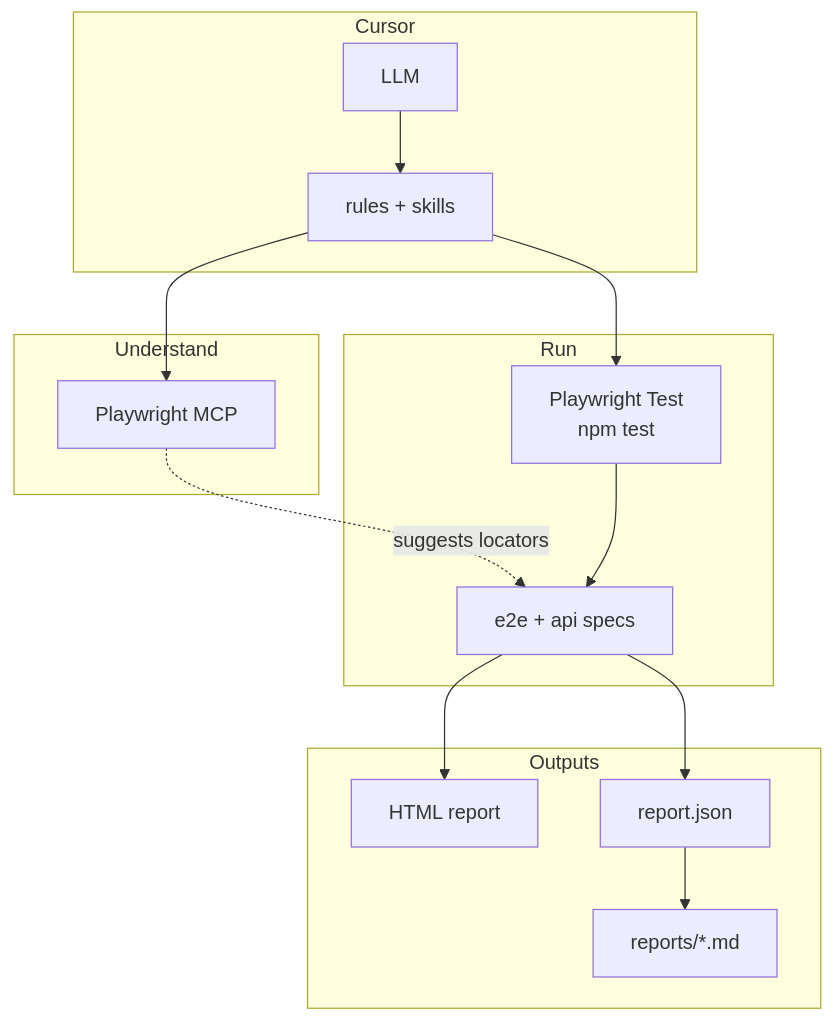
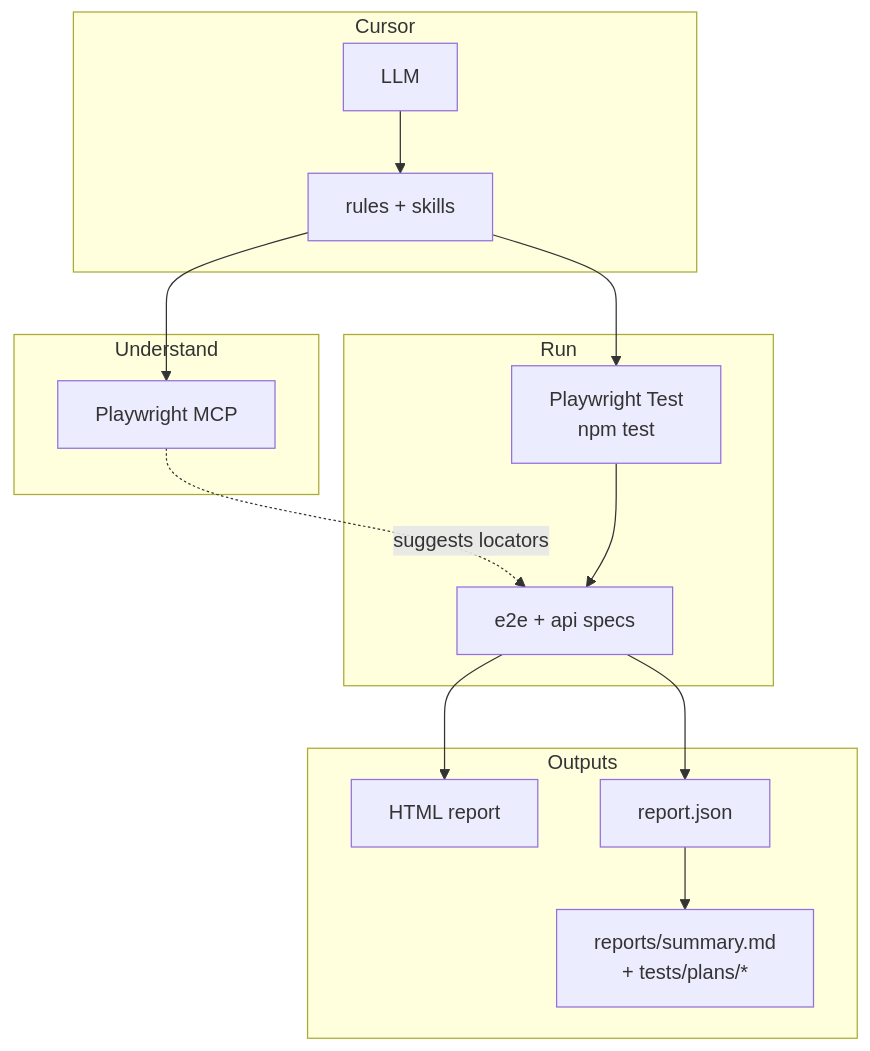
One commit to loveautomate/ai-qa-agent changed the first of 4 diagrams in docs/architecture.md. Above: the diagram before and after it, drawn with Mermaid. The commit also changed 7 other files, not shown here.

````diff
--- a/docs/architecture.md
+++ b/docs/architecture.md
@@ -7,31 +7,31 @@
 ```mermaid
 flowchart TB
   subgraph ide["Cursor"]
     LLM["LLM"]
     Rules["rules + skills"]
   end
 
   subgraph explore["Understand"]
     MCP["Playwright MCP"]
   end
 
   subgraph run["Run"]
     CLI["Playwright Test<br/>npm test"]
     Specs["e2e + api specs"]
   end
 
   subgraph out["Outputs"]
     HTML["HTML report"]
-    MD["reports/*.md"]
+    MD["reports/summary.md<br/>+ tests/plans/*"]
     JSON["report.json"]
   end
 
   LLM --> Rules
   Rules --> MCP
   Rules --> CLI
   MCP -.->|"suggests locators"| Specs
   CLI --> Specs
   Specs --> HTML
   Specs --> JSON
   JSON --> MD
 ```
````
